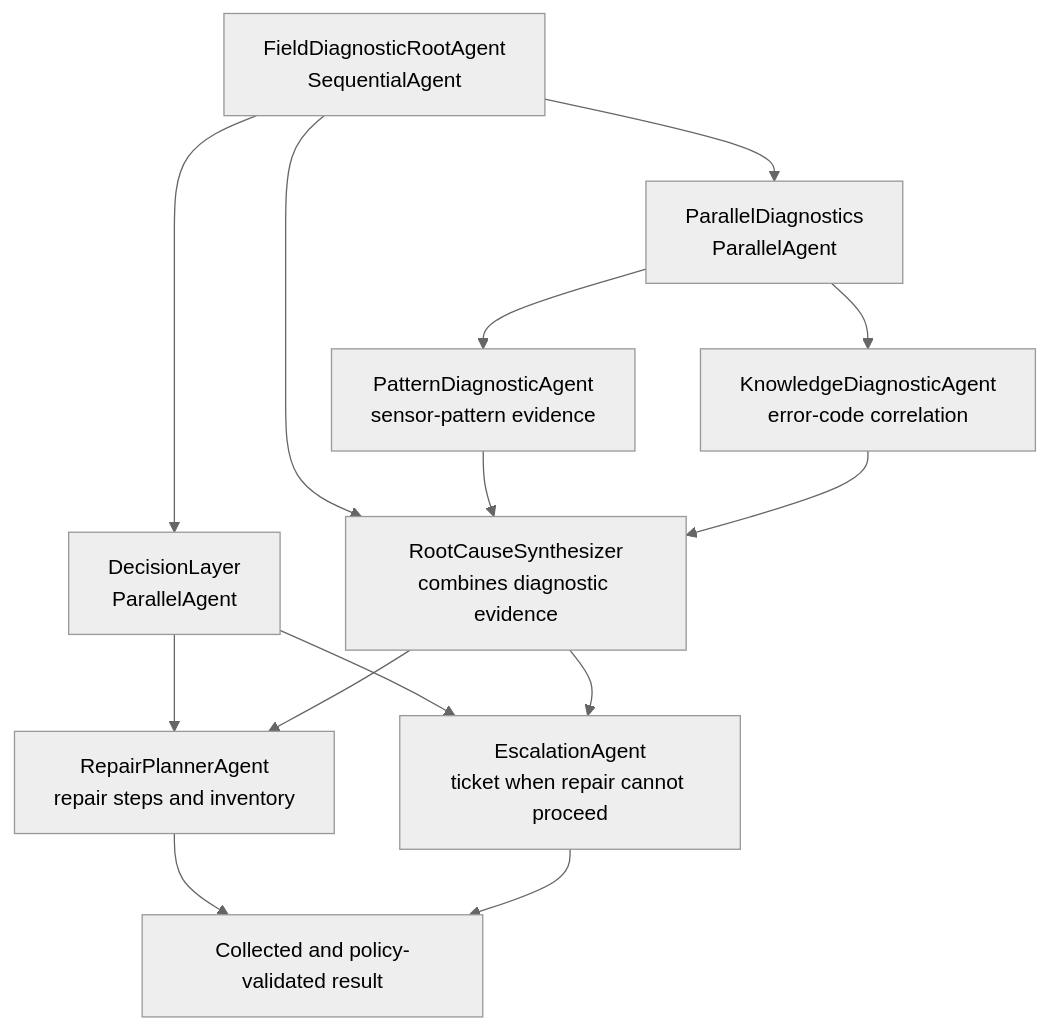
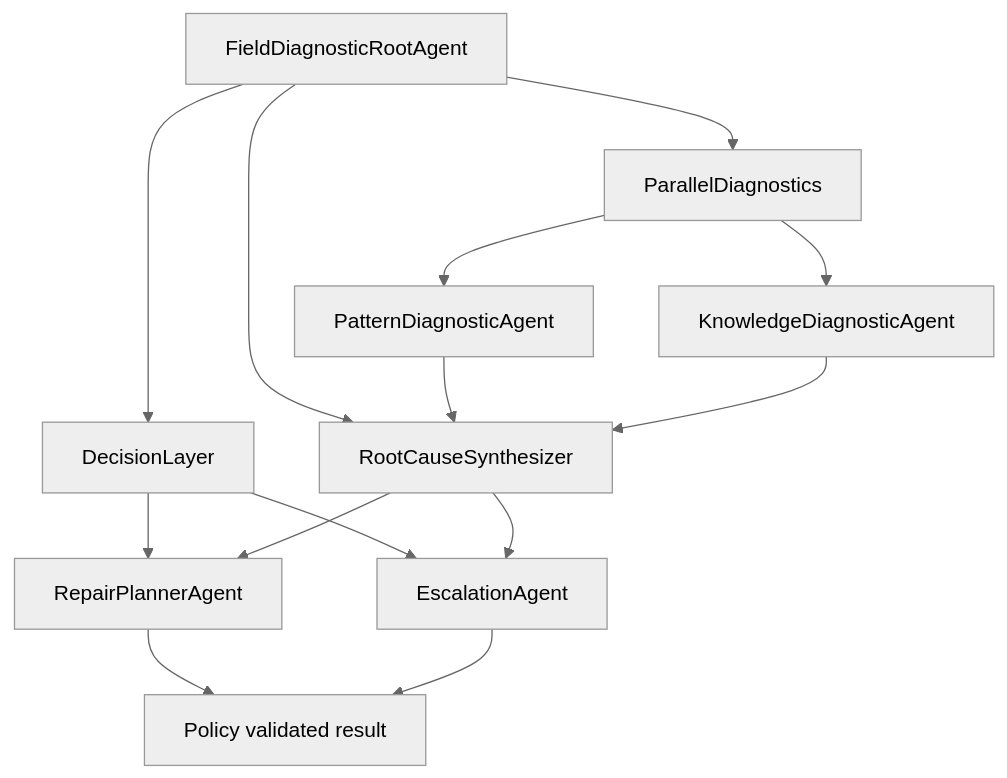
One commit to SidIos25/AI_FIELD_DIAGNOSTIC changed the third of 5 diagrams in README.md. Above: the diagram before and after it, drawn with Mermaid (neutral theme). The commit also changed other lines of this file, not shown here.

Commit message:
Revise architecture and flow diagrams in README

````diff
--- a/README.md
+++ b/README.md
@@ -151,16 +151,16 @@
 ```mermaid
 flowchart TD
-      ROOT[FieldDiagnosticRootAgent<br/>SequentialAgent] --> PD[ParallelDiagnostics<br/>ParallelAgent]
-      PD --> PAT[PatternDiagnosticAgent<br/>sensor-pattern evidence]
-      PD --> KNOW[KnowledgeDiagnosticAgent<br/>error-code correlation]
-      ROOT --> SYN[RootCauseSynthesizer<br/>combines diagnostic evidence]
-      ROOT --> DL[DecisionLayer<br/>ParallelAgent]
-      DL --> PLAN[RepairPlannerAgent<br/>repair steps and inventory]
-      DL --> ESC[EscalationAgent<br/>ticket when repair cannot proceed]
+   ROOT[FieldDiagnosticRootAgent] --> PD[ParallelDiagnostics]
+   PD --> PAT[PatternDiagnosticAgent]
+   PD --> KNOW[KnowledgeDiagnosticAgent]
+   ROOT --> SYN[RootCauseSynthesizer]
+   ROOT --> DL[DecisionLayer]
+   DL --> PLAN[RepairPlannerAgent]
+   DL --> ESC[EscalationAgent]
       PAT --> SYN
       KNOW --> SYN
       SYN --> PLAN
       SYN --> ESC
-      PLAN --> FINAL[Collected and policy-validated result]
+   PLAN --> FINAL[Policy validated result]
       ESC --> FINAL
 ```
````
